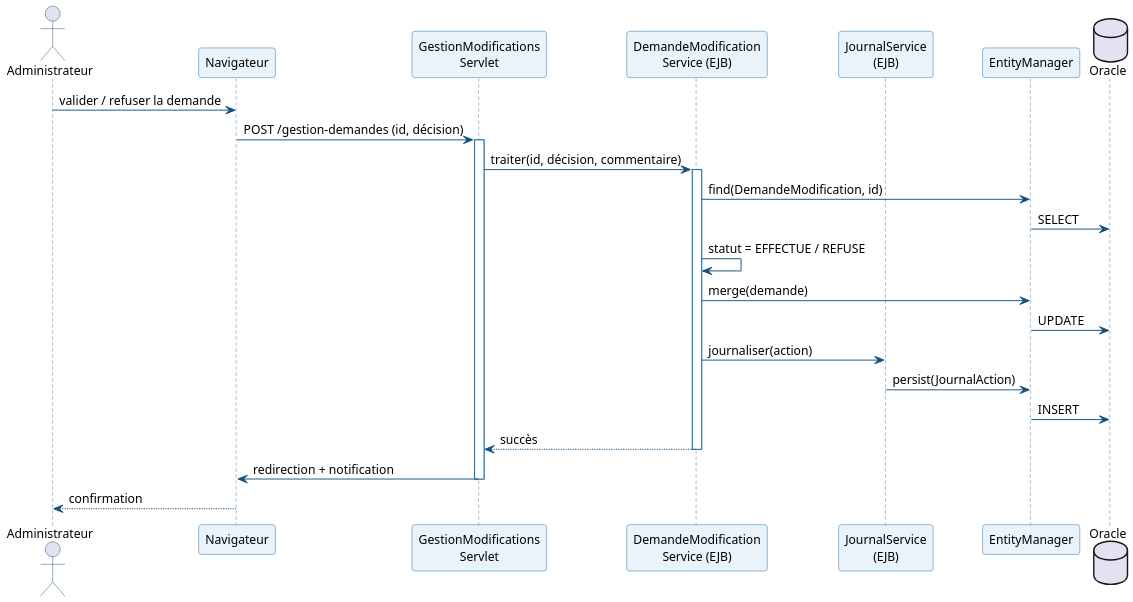
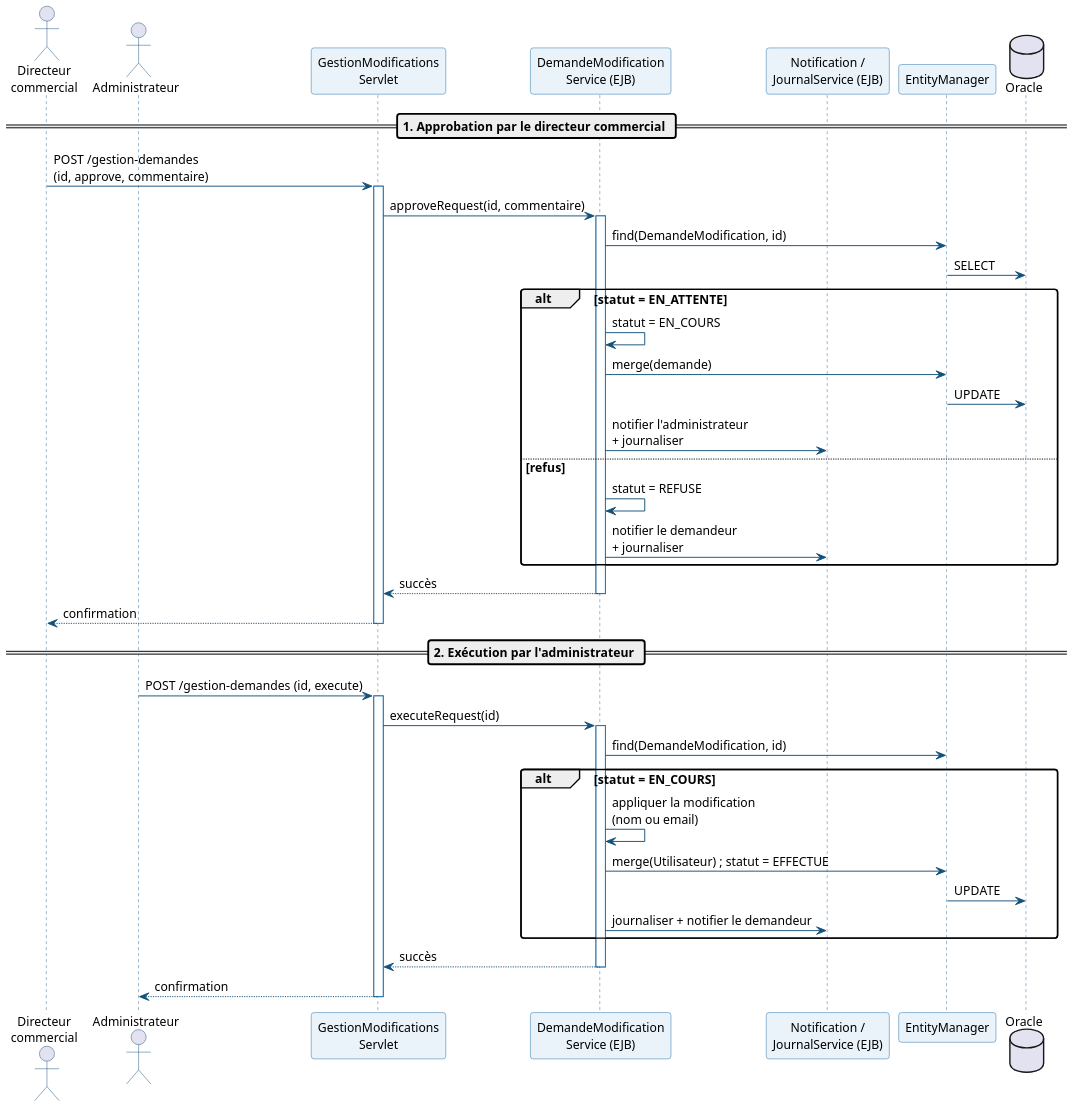
The diagram in rapport-latex/diagrams/seq_demande.puml (ZizouX0/oussema_korbosli), drawn with PlantUML before and after one commit. The commit also changed 20 other files, not shown here.

```diff
--- a/rapport-latex/diagrams/seq_demande.puml
+++ b/rapport-latex/diagrams/seq_demande.puml
@@ -1,42 +1,62 @@
 @startuml
 
 skinparam dpi 150
 skinparam shadowing false
 skinparam DefaultFontName Arial
 skinparam DefaultFontSize 13
 skinparam ArrowColor #14507A
 skinparam roundCorner 6
 
 skinparam sequence {
   ArrowColor #14507A
   LifeLineBorderColor #1B6CA8
   ParticipantBorderColor #1B6CA8
   ParticipantBackgroundColor #EAF3FA
   ActorBorderColor #14507A
 }
+actor "Directeur\ncommercial" as DIR
 actor "Administrateur" as ADM
-participant "Navigateur" as NAV
 participant "GestionModifications\nServlet" as SRV
 participant "DemandeModification\nService (EJB)" as SVC
-participant "JournalService\n(EJB)" as JRN
+participant "Notification /\nJournalService (EJB)" as JRN
 participant "EntityManager" as EM
 database "Oracle" as DB
-ADM -> NAV : valider / refuser la demande
-NAV -> SRV : POST /gestion-demandes (id, décision)
+
+== 1. Approbation par le directeur commercial ==
+DIR -> SRV : POST /gestion-demandes\n(id, approve, commentaire)
 activate SRV
-SRV -> SVC : traiter(id, décision, commentaire)
+SRV -> SVC : approveRequest(id, commentaire)
 activate SVC
 SVC -> EM : find(DemandeModification, id)
 EM -> DB : SELECT
-SVC -> SVC : statut = EFFECTUE / REFUSE
-SVC -> EM : merge(demande)
-EM -> DB : UPDATE
-SVC -> JRN : journaliser(action)
-JRN -> EM : persist(JournalAction)
-EM -> DB : INSERT
+alt statut = EN_ATTENTE
+  SVC -> SVC : statut = EN_COURS
+  SVC -> EM : merge(demande)
+  EM -> DB : UPDATE
+  SVC -> JRN : notifier l'administrateur\n+ journaliser
+else refus
+  SVC -> SVC : statut = REFUSE
+  SVC -> JRN : notifier le demandeur\n+ journaliser
+end
 SVC --> SRV : succès
 deactivate SVC
-SRV -> NAV : redirection + notification
+SRV --> DIR : confirmation
 deactivate SRV
-NAV --> ADM : confirmation
+
+== 2. Exécution par l'administrateur ==
+ADM -> SRV : POST /gestion-demandes (id, execute)
+activate SRV
+SRV -> SVC : executeRequest(id)
+activate SVC
+SVC -> EM : find(DemandeModification, id)
+alt statut = EN_COURS
+  SVC -> SVC : appliquer la modification\n(nom ou email)
+  SVC -> EM : merge(Utilisateur) ; statut = EFFECTUE
+  EM -> DB : UPDATE
+  SVC -> JRN : journaliser + notifier le demandeur
+end
+SVC --> SRV : succès
+deactivate SVC
+SRV --> ADM : confirmation
+deactivate SRV
 @enduml
```
